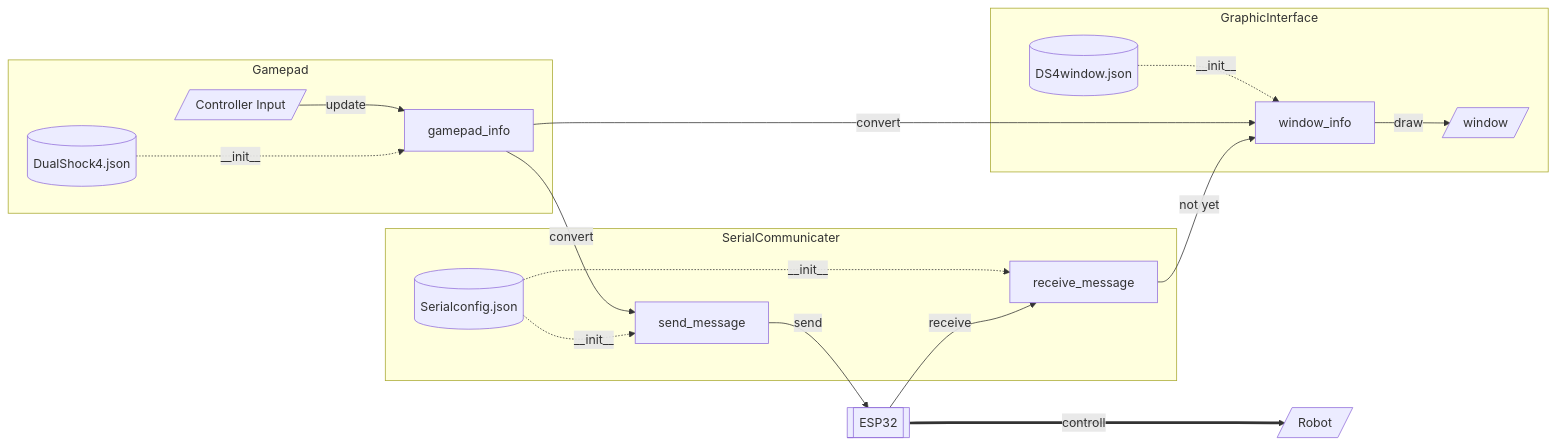
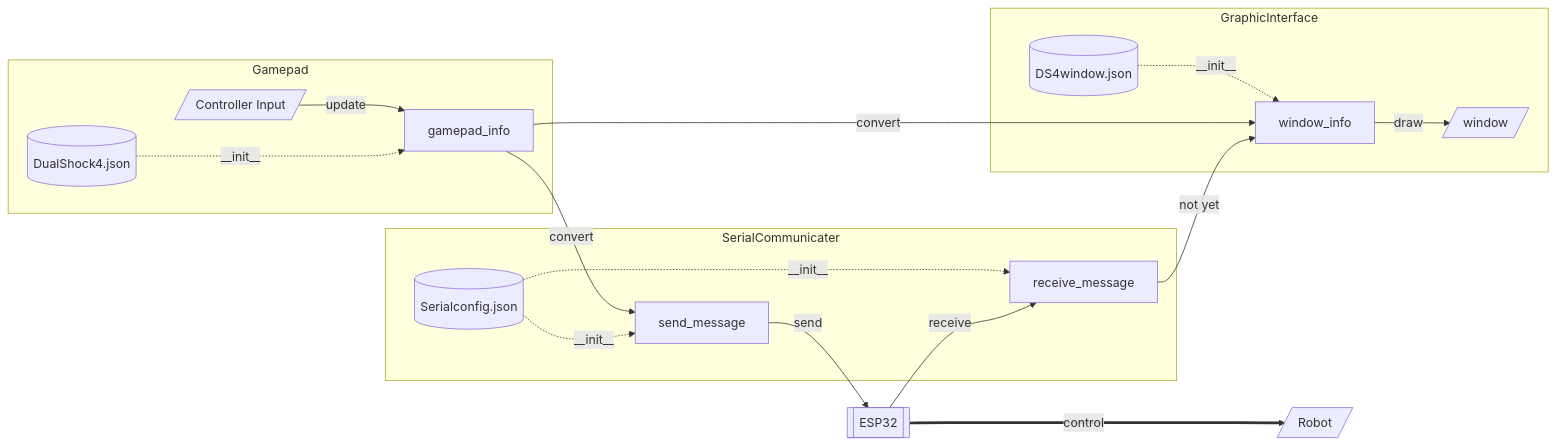
The second of 2 diagrams in README.md (Tomoooji/raspi-controller), drawn with Mermaid before and after one commit. The commit also changed other lines of this file and 1 other file, not shown here.

````diff
--- a/README.md
+++ b/README.md
@@ -106,30 +107,30 @@
 ```mermaid
 flowchart  LR
     C[/Controller Input/] -->|update| B
     A[(DualShock4.json)] -..->|__init__| B[gamepad_info]
     E[(DS4window.json)] -.->|__init__| D[window_info]
     B -->|convert| D
     D -->|draw| F[/window/]
     B -->|convert| G[send_message]
     G -->|send| H
     I -->|not yet| D 
     K[(Serialconfig.json)] -.->|__init__| G
     K[(Serialconfig.json)] -.->|__init__| I
     H -->|receive| I[receive_message]
-    H[[ESP32]] ===>|controll| J[/Robot/]
+    H[[ESP32]] ===>|control| J[/Robot/]
     subgraph Gamepad
     A
     B
     C
     end
     subgraph GraphicInterface
     D
     E
     F
     end
     subgraph SerialCommunicater
     G
     I
     K
     end
 ```
````
